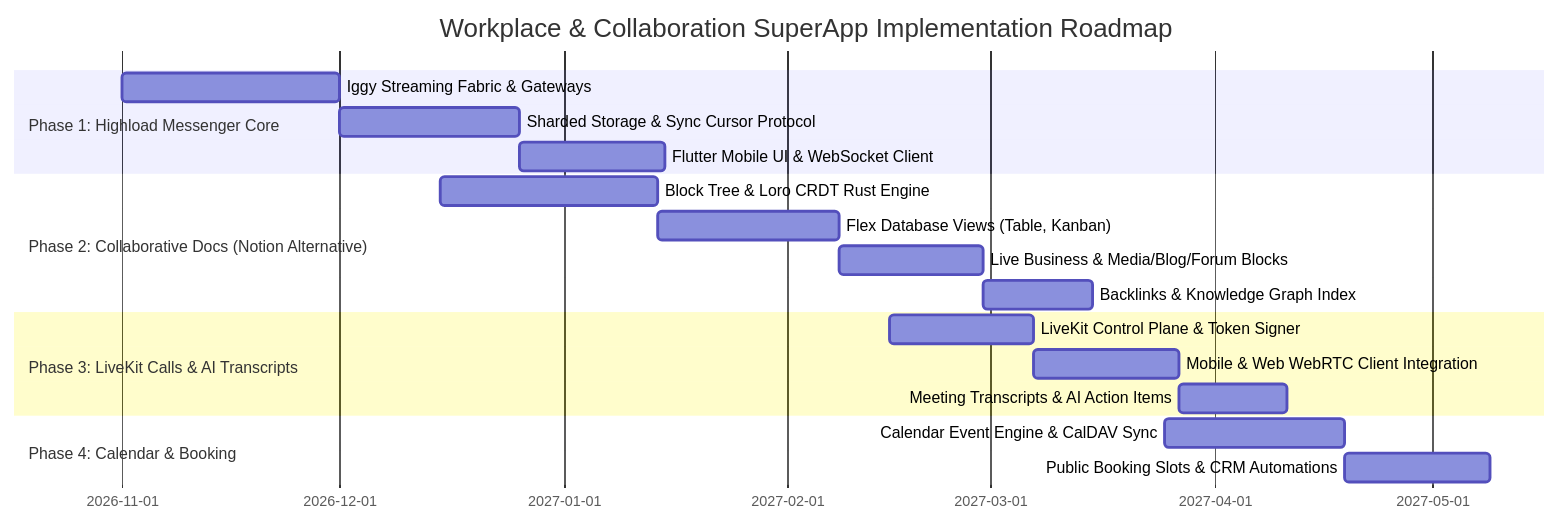
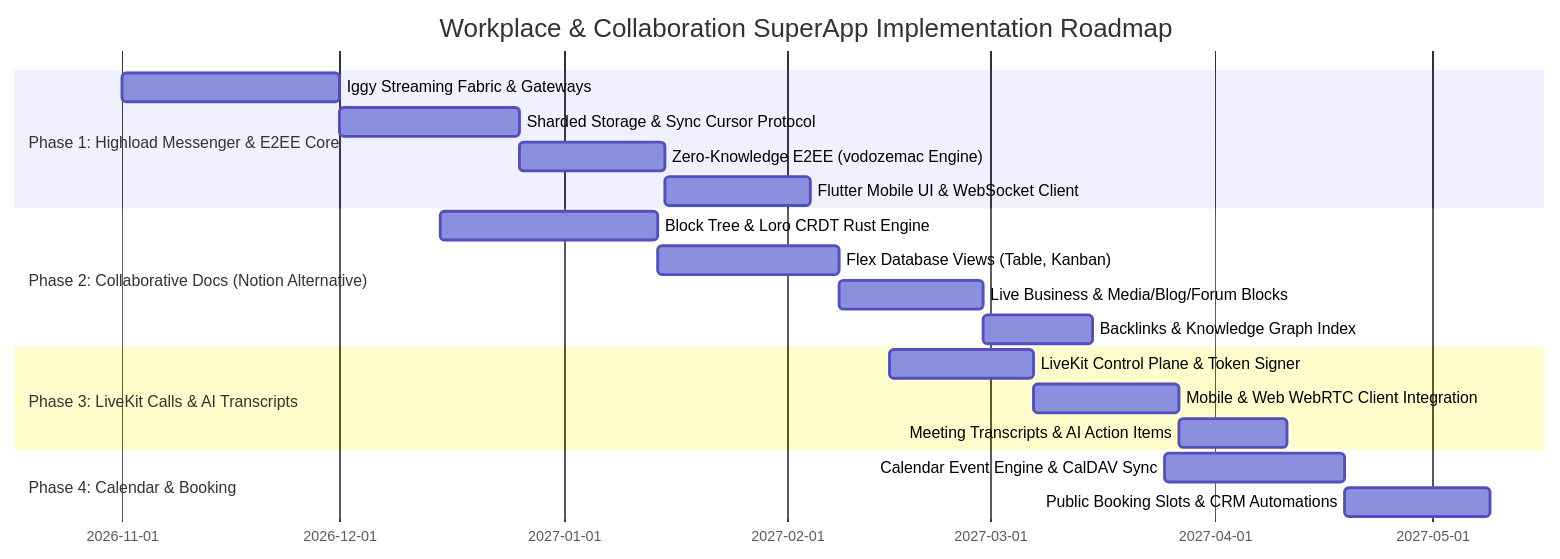
The diagram in docs/architecture/workplace-collaboration-superapp-plan.md (RusTokRs/RusTok), drawn with Mermaid before and after one commit. The commit also changed other lines of this file and 10 other files, not shown here.

Commit message:
docs(workplace): add Zero-Knowledge E2EE architecture with vodozemac and update docs topology

````diff
--- a/docs/architecture/workplace-collaboration-superapp-plan.md
+++ b/docs/architecture/workplace-collaboration-superapp-plan.md
@@ -244,24 +305,25 @@
 ```mermaid
 gantt
     title Workplace & Collaboration SuperApp Implementation Roadmap
     dateFormat  YYYY-MM-DD
-    section Phase 1: Highload Messenger Core
+    section Phase 1: Highload Messenger & E2EE Core
     Iggy Streaming Fabric & Gateways      :p1_1, 2026-11-01, 30d
     Sharded Storage & Sync Cursor Protocol :p1_2, after p1_1, 25d
-    Flutter Mobile UI & WebSocket Client   :p1_3, after p1_2, 20d
+    Zero-Knowledge E2EE (vodozemac Engine) :p1_3, after p1_2, 20d
+    Flutter Mobile UI & WebSocket Client   :p1_4, after p1_3, 20d
 
     section Phase 2: Collaborative Docs (Notion Alternative)
     Block Tree & Loro CRDT Rust Engine     :p2_1, 2026-12-15, 30d
     Flex Database Views (Table, Kanban)    :p2_2, after p2_1, 25d
     Live Business & Media/Blog/Forum Blocks:p2_3, after p2_2, 20d
     Backlinks & Knowledge Graph Index      :p2_4, after p2_3, 15d
 
     section Phase 3: LiveKit Calls & AI Transcripts
     LiveKit Control Plane & Token Signer   :p3_1, 2027-02-15, 20d
     Mobile & Web WebRTC Client Integration :p3_2, after p3_1, 20d
     Meeting Transcripts & AI Action Items  :p3_3, after p3_2, 15d
 
     section Phase 4: Calendar & Booking
     Calendar Event Engine & CalDAV Sync    :p4_1, 2027-03-25, 25d
     Public Booking Slots & CRM Automations :p4_2, after p4_1, 20d
 ```
````
